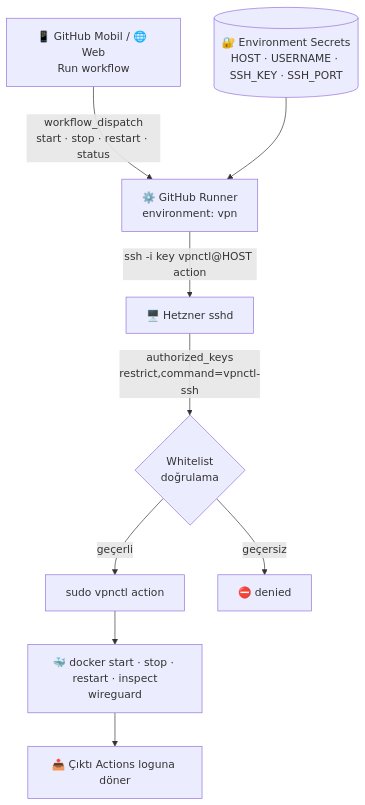
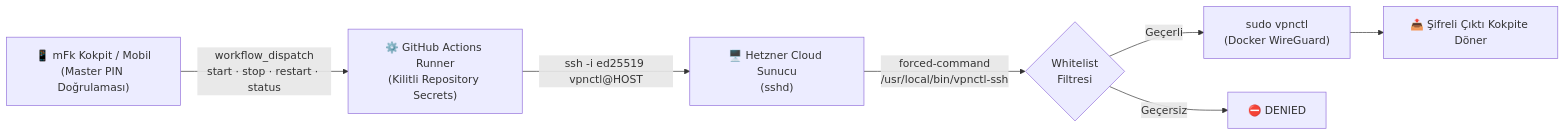
The diagram in README.md (mFkVpn/mfkvpn.github.io), drawn with Mermaid before and after one commit. The commit also changed other lines of this file, not shown here.

````diff
--- a/README.md
+++ b/README.md
@@ -106,11 +35,9 @@
 ```mermaid
-flowchart TD
-    A["📱 GitHub Mobil / 🌐 Web<br/>Run workflow"] -->|"workflow_dispatch<br/>start · stop · restart · status"| B["⚙️ GitHub Runner<br/>environment: vpn"]
-    S[("🔐 Environment Secrets<br/>HOST · USERNAME · SSH_KEY · SSH_PORT")] --> B
-    B -->|"ssh -i key vpnctl@HOST action"| C["🖥️ Hetzner sshd"]
-    C -->|"authorized_keys<br/>restrict,command=vpnctl-ssh"| D{"Whitelist<br/>doğrulama"}
-    D -->|geçerli| E["sudo vpnctl action"]
-    D -->|geçersiz| X["⛔ denied"]
-    E --> F["🐳 docker start · stop · restart · inspect<br/>wireguard"]
-    F --> G["📤 Çıktı Actions loguna döner"]
+flowchart LR
+    A["📱 mFk Kokpit / Mobil<br/>(Master PIN Doğrulaması)"] -->|"workflow_dispatch<br/>start · stop · restart · status"| B["⚙️ GitHub Actions Runner<br/>(Kilitli Repository Secrets)"]
+    B -->|"ssh -i ed25519 vpnctl@HOST"| C["🖥️ Hetzner Cloud Sunucu<br/>(sshd)"]
+    C -->|"forced-command<br/>/usr/local/bin/vpnctl-ssh"| D{"Whitelist<br/>Filtresi"}
+    D -->|Geçerli| E["sudo vpnctl<br/>(Docker WireGuard)"]
+    D -->|Geçersiz| X["⛔ DENIED"]
+    E --> F["📤 Şifreli Çıktı Kokpite Döner"]
 ```
````
